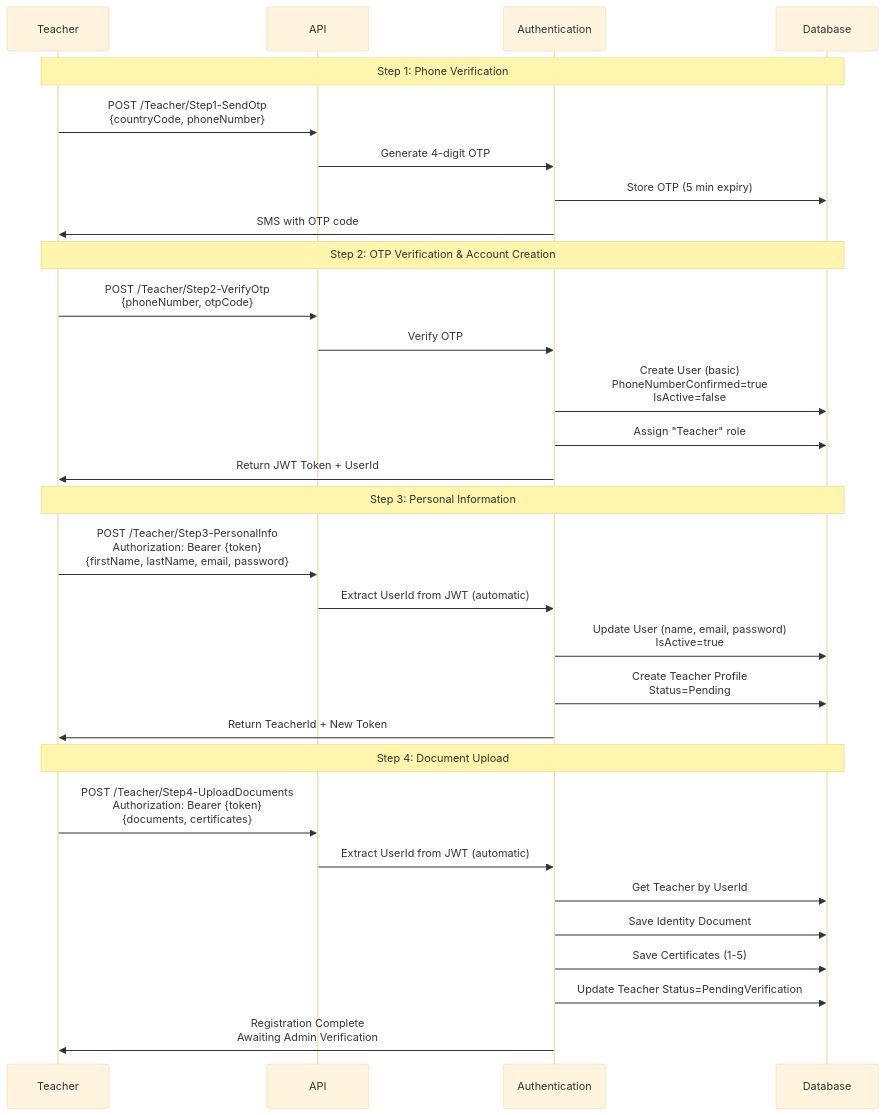
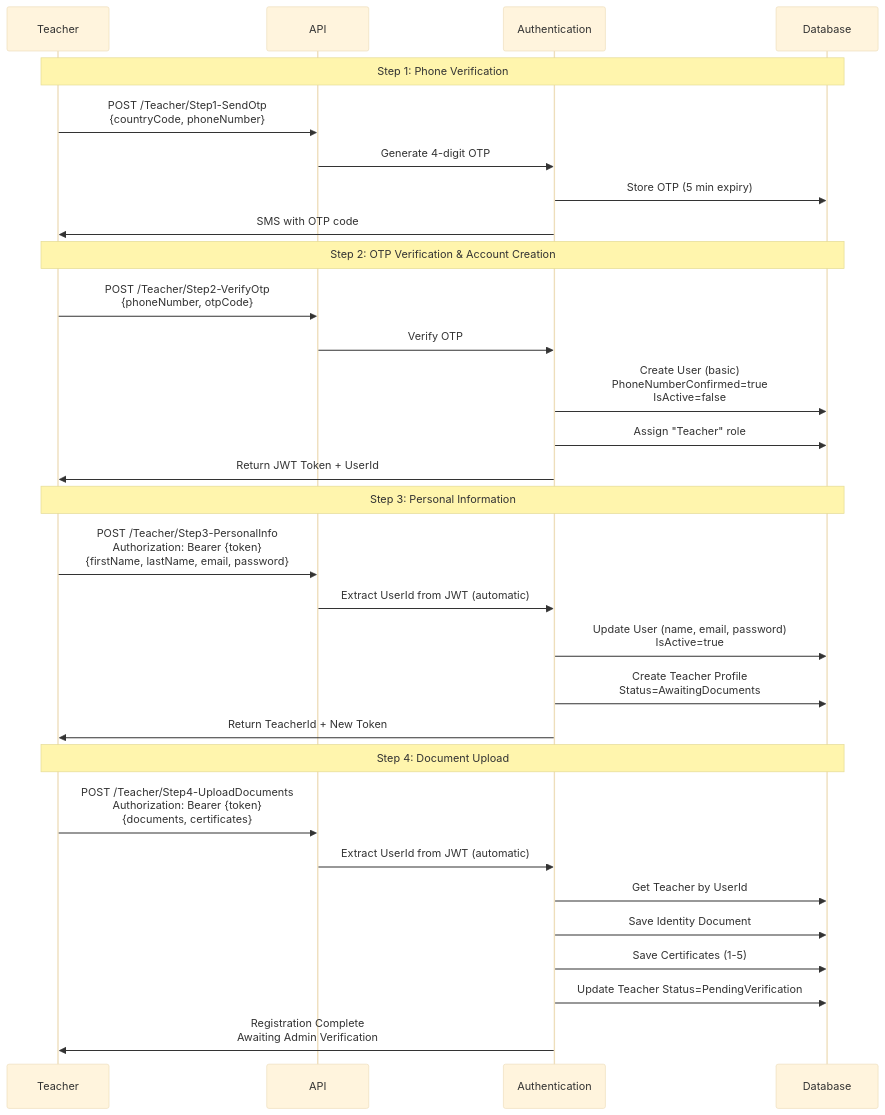
Before and after one commit to Mozaffer249/Qalam: the diagram in docs/Teacher-Registration.md, drawn with Mermaid (base theme). The commit also changed other lines of this file and 33 other files, not shown here.

````diff
--- a/docs/Teacher-Registration.md
+++ b/docs/Teacher-Registration.md
@@ -78,36 +78,36 @@
 ```mermaid
 sequenceDiagram
     participant T as Teacher
     participant API as API
     participant Auth as Authentication
     participant DB as Database
     
     Note over T,DB: Step 1: Phone Verification
     T->>API: POST /Teacher/Step1-SendOtp<br/>{countryCode, phoneNumber}
     API->>Auth: Generate 4-digit OTP
     Auth->>DB: Store OTP (5 min expiry)
     Auth->>T: SMS with OTP code
     
     Note over T,DB: Step 2: OTP Verification & Account Creation
     T->>API: POST /Teacher/Step2-VerifyOtp<br/>{phoneNumber, otpCode}
     API->>Auth: Verify OTP
     Auth->>DB: Create User (basic)<br/>PhoneNumberConfirmed=true<br/>IsActive=false
     Auth->>DB: Assign "Teacher" role
     Auth->>T: Return JWT Token + UserId
     
     Note over T,DB: Step 3: Personal Information
     T->>API: POST /Teacher/Step3-PersonalInfo<br/>Authorization: Bearer {token}<br/>{firstName, lastName, email, password}
     API->>Auth: Extract UserId from JWT (automatic)
     Auth->>DB: Update User (name, email, password)<br/>IsActive=true
-    Auth->>DB: Create Teacher Profile<br/>Status=Pending
+    Auth->>DB: Create Teacher Profile<br/>Status=AwaitingDocuments
     Auth->>T: Return TeacherId + New Token
     
     Note over T,DB: Step 4: Document Upload
     T->>API: POST /Teacher/Step4-UploadDocuments<br/>Authorization: Bearer {token}<br/>{documents, certificates}
     API->>Auth: Extract UserId from JWT (automatic)
     Auth->>DB: Get Teacher by UserId
     Auth->>DB: Save Identity Document
     Auth->>DB: Save Certificates (1-5)
     Auth->>DB: Update Teacher Status=PendingVerification
     Auth->>T: Registration Complete<br/>Awaiting Admin Verification
 ```
````
